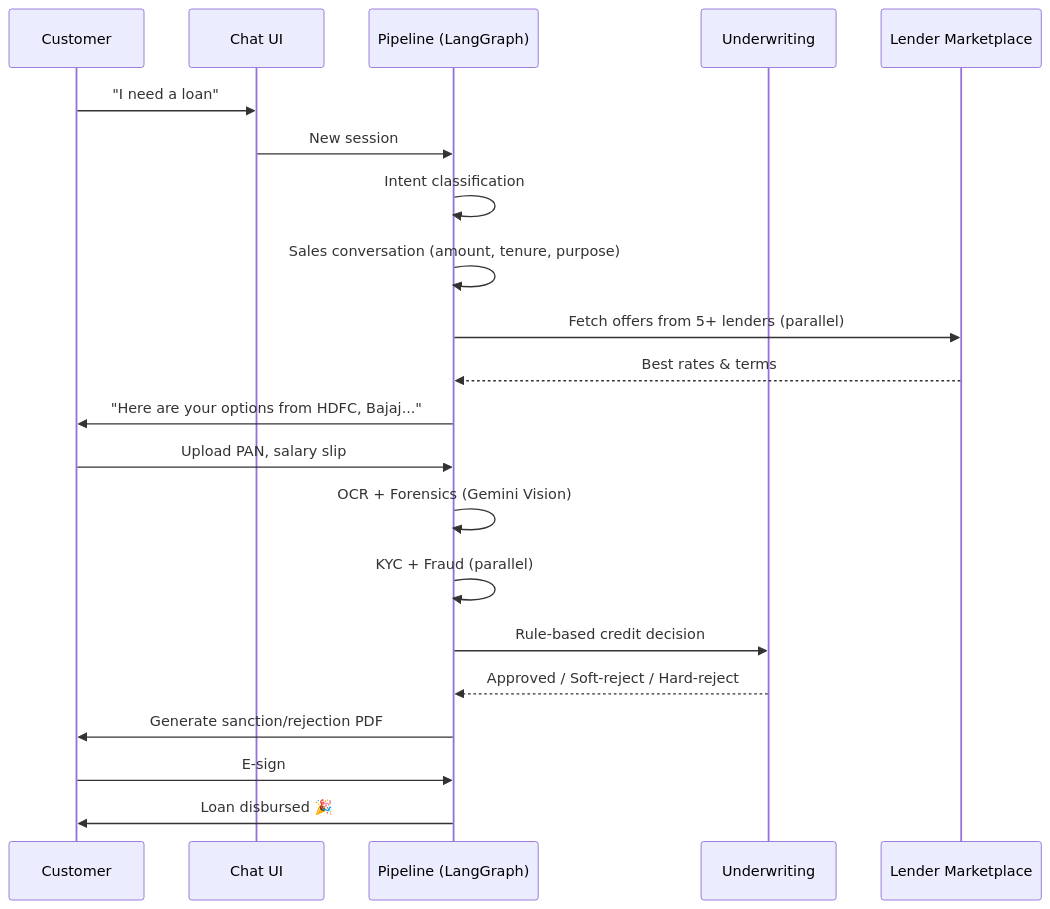
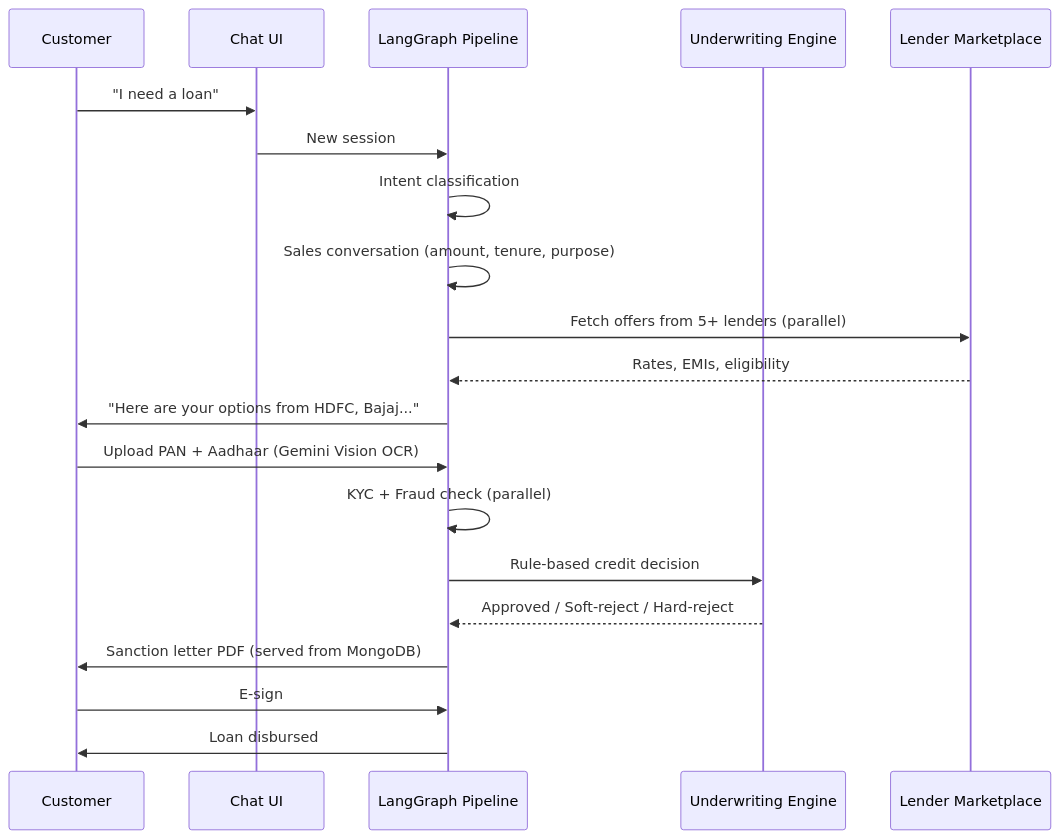
The first of 5 diagrams in README.md (SarangRao20/NBFC), drawn with Mermaid before and after one commit. The commit also changed other lines of this file and 2 other files, not shown here.

First line of the commit message:
docs: rewrite README to reflect current system architecture and capabilities

````diff
--- a/README.md
+++ b/README.md
@@ -36,24 +37,23 @@
 ```mermaid
 sequenceDiagram
     participant C as Customer
     participant A as Chat UI
-    participant P as Pipeline (LangGraph)
-    participant U as Underwriting
+    participant P as LangGraph Pipeline
+    participant U as Underwriting Engine
     participant L as Lender Marketplace
 
     C->>A: "I need a loan"
     A->>P: New session
     P->>P: Intent classification
     P->>P: Sales conversation (amount, tenure, purpose)
     P->>L: Fetch offers from 5+ lenders (parallel)
-    L-->>P: Best rates & terms
+    L-->>P: Rates, EMIs, eligibility
     P->>C: "Here are your options from HDFC, Bajaj..."
-    C->>P: Upload PAN, salary slip
-    P->>P: OCR + Forensics (Gemini Vision)
-    P->>P: KYC + Fraud (parallel)
+    C->>P: Upload PAN + Aadhaar (Gemini Vision OCR)
+    P->>P: KYC + Fraud check (parallel)
     P->>U: Rule-based credit decision
     U-->>P: Approved / Soft-reject / Hard-reject
-    P->>C: Generate sanction/rejection PDF
+    P->>C: Sanction letter PDF (served from MongoDB)
     C->>P: E-sign
-    P->>C: Loan disbursed 🎉
+    P->>C: Loan disbursed
 ```
````
